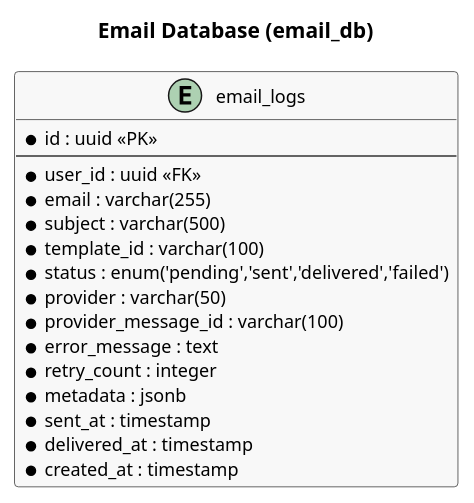
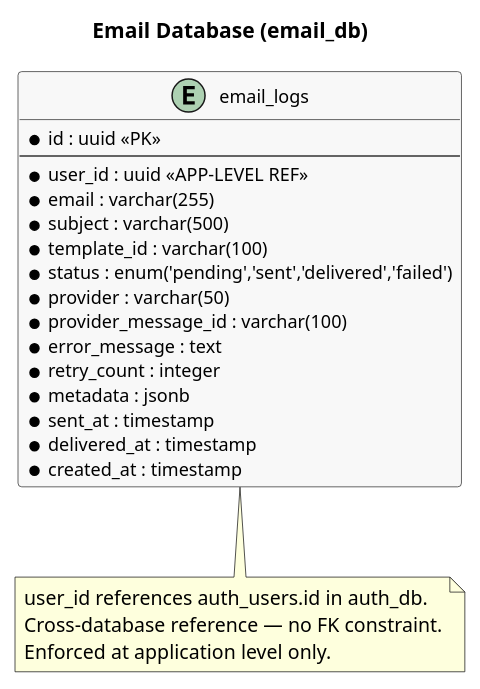
One commit to namnh240795/document changed the diagram in templates/erd-email.puml. Above: the diagram before and after it, drawn with PlantUML. The commit also changed 9 other files, not shown here.

```diff
--- a/templates/erd-email.puml
+++ b/templates/erd-email.puml
@@ -1,34 +1,41 @@
 @startuml
 ' ============================================================
 ' ERD: Email Database (email_db)
 ' Tables: email_logs
+' Note: user_id references auth_users in auth_db (application-level, no FK constraint)
 ' ============================================================
 
 skinparam class {
   BackgroundColor #F8F8F8
   BorderColor #333333
   ArrowColor #333333
   AttributeFontSize 12
 }
 
 title Email Database (email_db)
 
 entity "email_logs" as email_logs {
   * id : uuid <<PK>>
   --
-  * user_id : uuid <<FK>>
+  * user_id : uuid <<APP-LEVEL REF>>
   * email : varchar(255)
   * subject : varchar(500)
   * template_id : varchar(100)
   * status : enum('pending','sent','delivered','failed')
   * provider : varchar(50)
   * provider_message_id : varchar(100)
   * error_message : text
   * retry_count : integer
   * metadata : jsonb
   * sent_at : timestamp
   * delivered_at : timestamp
   * created_at : timestamp
 }
 
+note bottom of email_logs
+  user_id references auth_users.id in auth_db.
+  Cross-database reference — no FK constraint.
+  Enforced at application level only.
+end note
+
 @enduml
```
